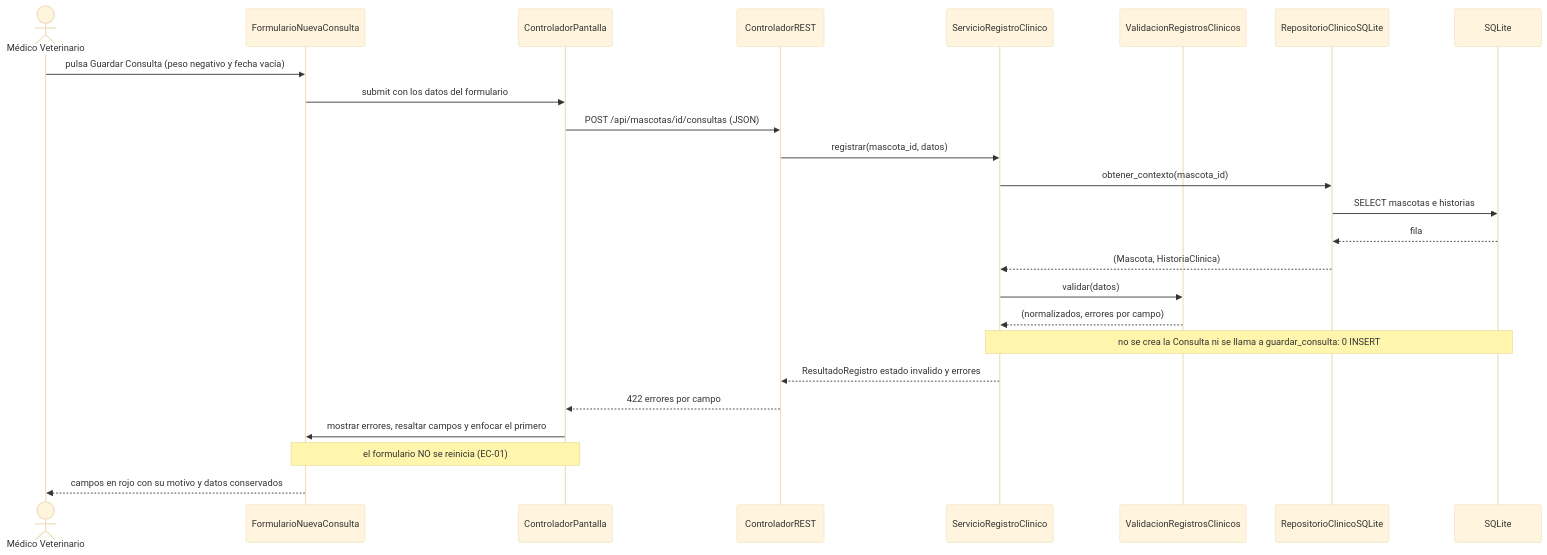
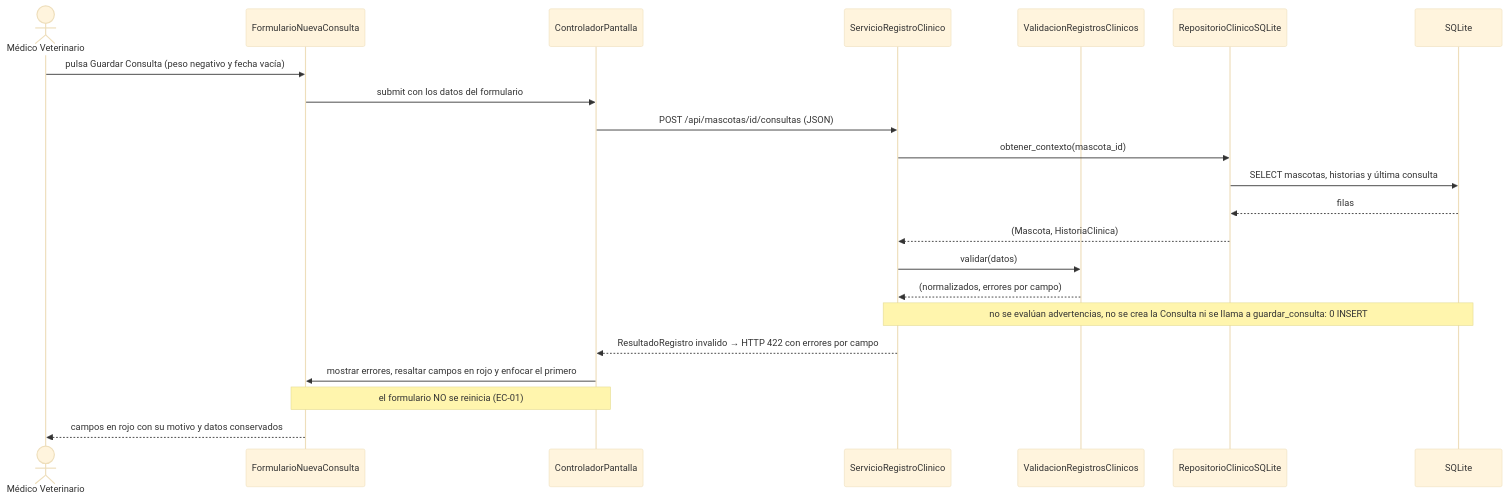
The third of 6 diagrams in docs/design/diseno-detallado.md (DinoMondino/sistema-gestion-veterinaria-2026), drawn with Mermaid (base theme) before and after one commit. The commit also changed other lines of this file, not shown here.

````diff
--- a/docs/design/diseno-detallado.md
+++ b/docs/design/diseno-detallado.md
@@ -249,28 +280,25 @@
 ```mermaid
 sequenceDiagram
     actor Vet as Médico Veterinario
     participant UI as FormularioNuevaConsulta
     participant CP as ControladorPantalla
-    participant REST as ControladorREST
     participant SRV as ServicioRegistroClinico
     participant VAL as ValidacionRegistrosClinicos
     participant REPO as RepositorioClinicoSQLite
     participant DB as SQLite
 
     Vet->>UI: pulsa Guardar Consulta (peso negativo y fecha vacía)
     UI->>CP: submit con los datos del formulario
-    CP->>REST: POST /api/mascotas/id/consultas (JSON)
-    REST->>SRV: registrar(mascota_id, datos)
+    CP->>SRV: POST /api/mascotas/id/consultas (JSON)
     SRV->>REPO: obtener_contexto(mascota_id)
-    REPO->>DB: SELECT mascotas e historias
-    DB-->>REPO: fila
+    REPO->>DB: SELECT mascotas, historias y última consulta
+    DB-->>REPO: filas
     REPO-->>SRV: (Mascota, HistoriaClinica)
     SRV->>VAL: validar(datos)
     VAL-->>SRV: (normalizados, errores por campo)
-    Note over SRV,DB: no se crea la Consulta ni se llama a guardar_consulta: 0 INSERT
-    SRV-->>REST: ResultadoRegistro estado invalido y errores
-    REST-->>CP: 422 errores por campo
-    CP->>UI: mostrar errores, resaltar campos y enfocar el primero
+    Note over SRV,DB: no se evalúan advertencias, no se crea la Consulta ni se llama a guardar_consulta: 0 INSERT
+    SRV-->>CP: ResultadoRegistro invalido → HTTP 422 con errores por campo
+    CP->>UI: mostrar errores, resaltar campos en rojo y enfocar el primero
     Note over UI,CP: el formulario NO se reinicia (EC-01)
     UI-->>Vet: campos en rojo con su motivo y datos conservados
 ```
````
